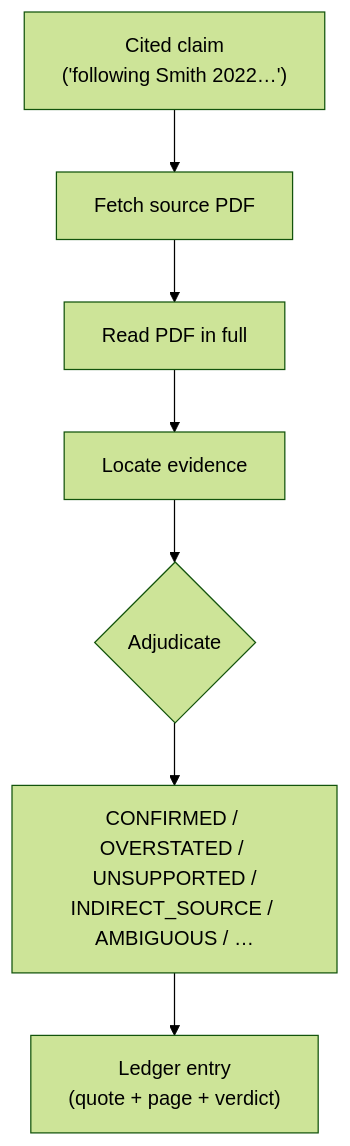
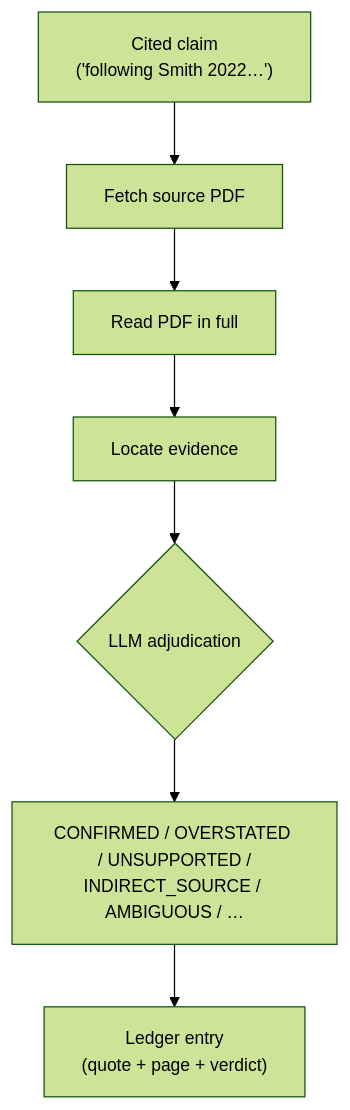
Before and after one commit to philadamson93/paper-trail: the diagram in README.md, drawn with Mermaid (forest theme). The commit also changed other lines of this file and 1 other file, not shown here.

Commit message:
Link real DFD example, delete fake example, emphasize LLM-driven workflow

````diff
--- a/README.md
+++ b/README.md
@@ -21,9 +21,10 @@
 ```mermaid
 flowchart TD
     A["Cited claim<br/>('following Smith 2022…')"] --> B["Fetch source PDF"]
     B --> C["Read PDF in full"]
     C --> D["Locate evidence"]
-    D --> E{Adjudicate}
+    D --> E{LLM adjudication}
     E --> F["CONFIRMED / OVERSTATED / UNSUPPORTED /<br/>INDIRECT_SOURCE / AMBIGUOUS / …"]
     F --> G["Ledger entry<br/>(quote + page + verdict)"]
+    classDef default font-size:14px;
 ```
````
